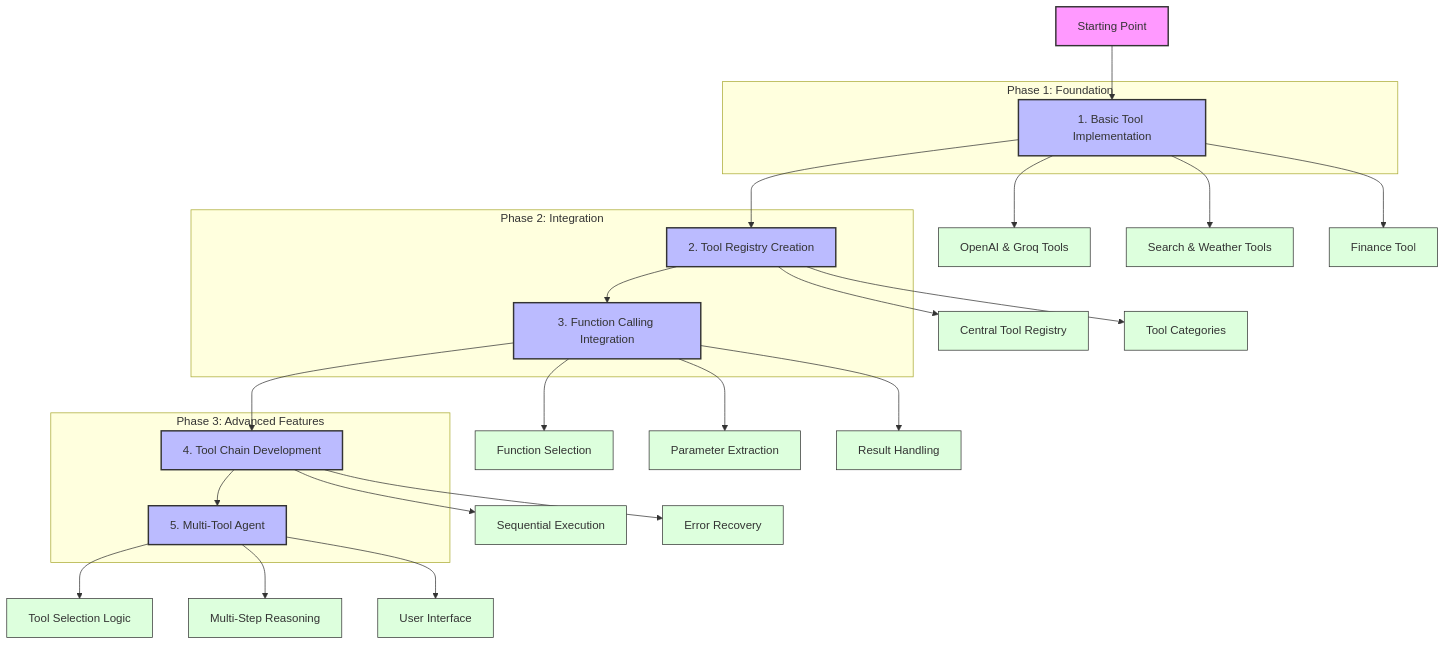
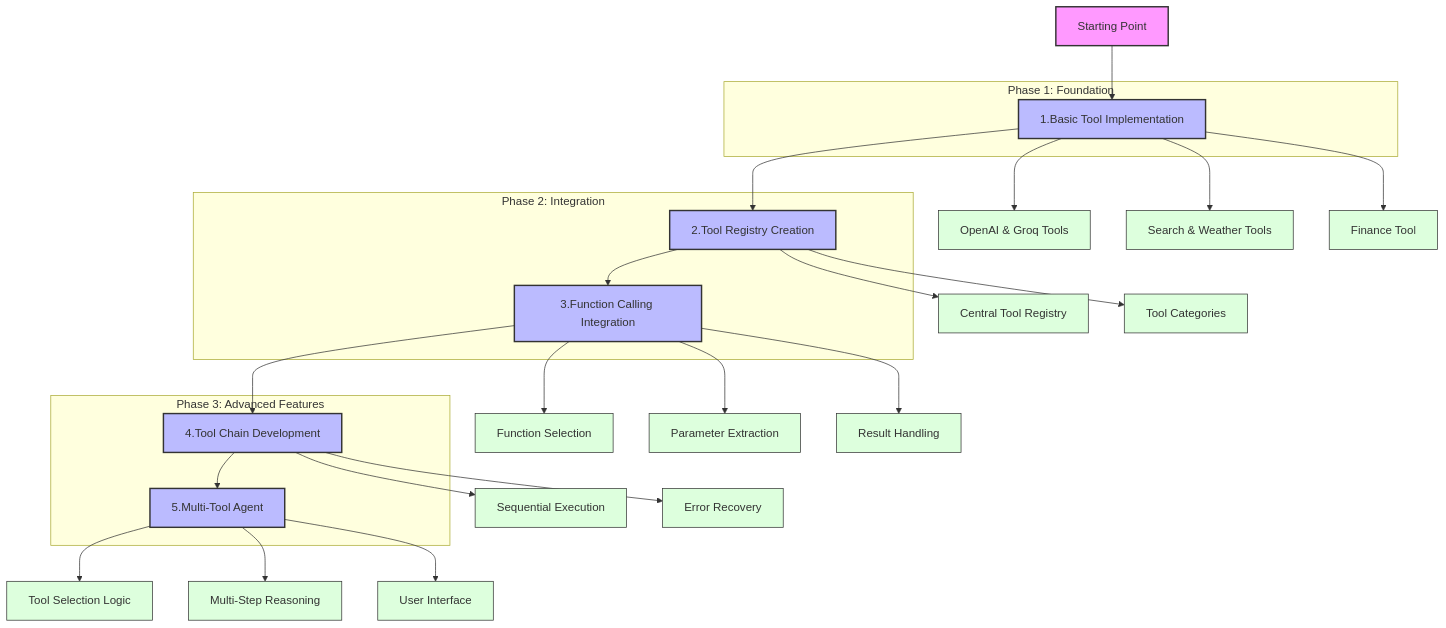
Before and after one commit to amlanacharya/Agent: the third of 5 diagrams in module6/diagrams/module6_progressive_journey.md, drawn with Mermaid.

````diff
--- a/module6/diagrams/module6_progressive_journey.md
+++ b/module6/diagrams/module6_progressive_journey.md
@@ -78,48 +78,48 @@
 ```mermaid
 flowchart TD
-    A[Starting Point] --> B[1. Basic Tool Implementation]
-    B --> C[2. Tool Registry Creation]
-    C --> D[3. Function Calling Integration]
-    D --> E[4. Tool Chain Development]
-    E --> F[5. Multi-Tool Agent]
+    A[Starting Point] --> B[1.Basic Tool Implementation]
+    B --> C[2.Tool Registry Creation]
+    C --> D[3.Function Calling Integration]
+    D --> E[4.Tool Chain Development]
+    E --> F[5.Multi-Tool Agent]
 
     subgraph "Phase 1: Foundation"
     B
     end
 
     subgraph "Phase 2: Integration"
     C
     D
     end
 
     subgraph "Phase 3: Advanced Features"
     E
     F
     end
 
     B --> B1[OpenAI & Groq Tools]
     B --> B2[Search & Weather Tools]
     B --> B3[Finance Tool]
 
     C --> C1[Central Tool Registry]
     C --> C2[Tool Categories]
 
     D --> D1[Function Selection]
     D --> D2[Parameter Extraction]
     D --> D3[Result Handling]
 
     E --> E1[Sequential Execution]
     E --> E2[Error Recovery]
 
     F --> F1[Tool Selection Logic]
     F --> F2[Multi-Step Reasoning]
     F --> F3[User Interface]
 
     classDef startNode fill:#f9f,stroke:#333,stroke-width:2px;
     classDef phaseNode fill:#bbf,stroke:#333,stroke-width:2px;
     classDef componentNode fill:#dfd,stroke:#333,stroke-width:1px;
 
     class A startNode;
     class B,C,D,E,F phaseNode;
     class B1,B2,B3,C1,C2,D1,D2,D3,E1,E2,F1,F2,F3 componentNode;
 ```
````
